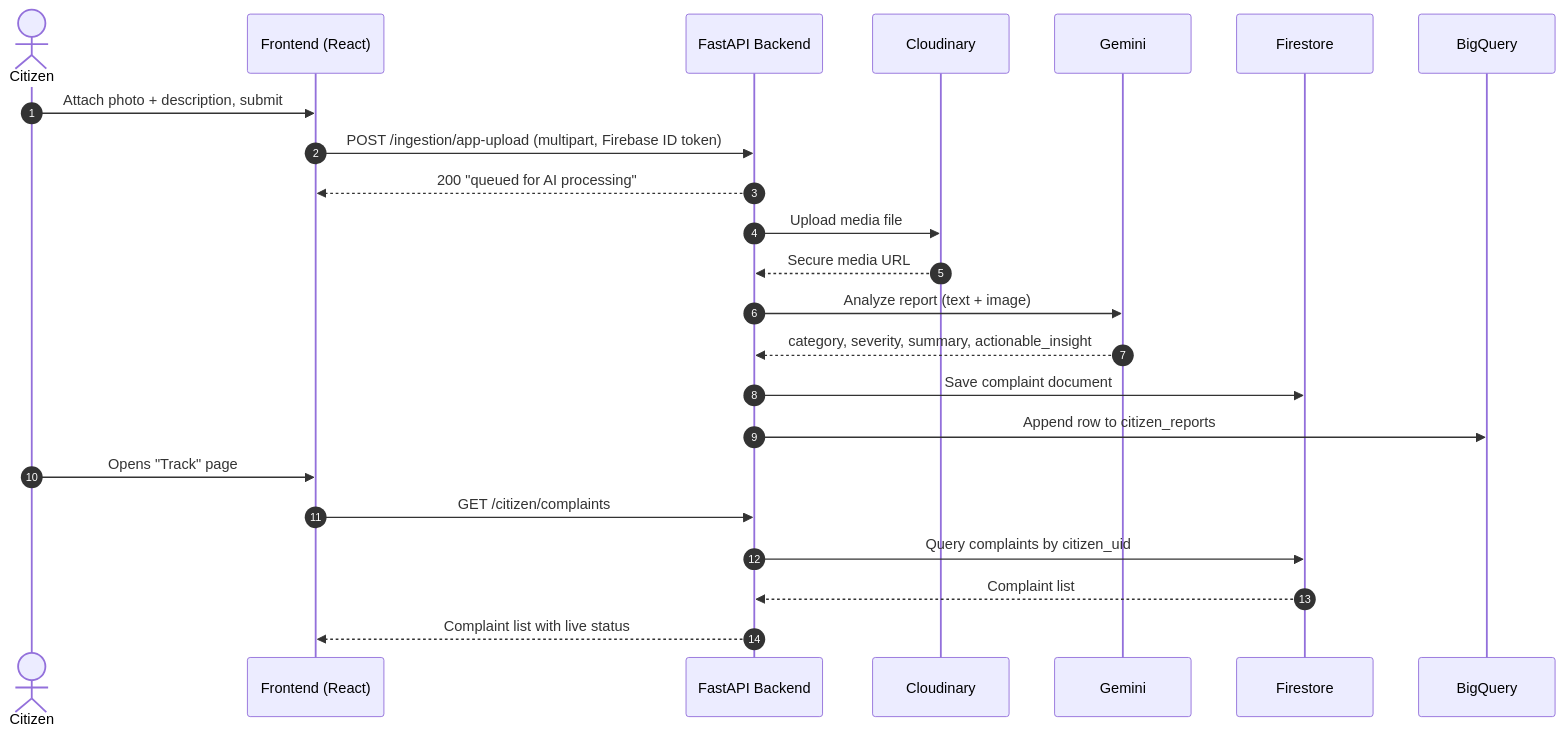
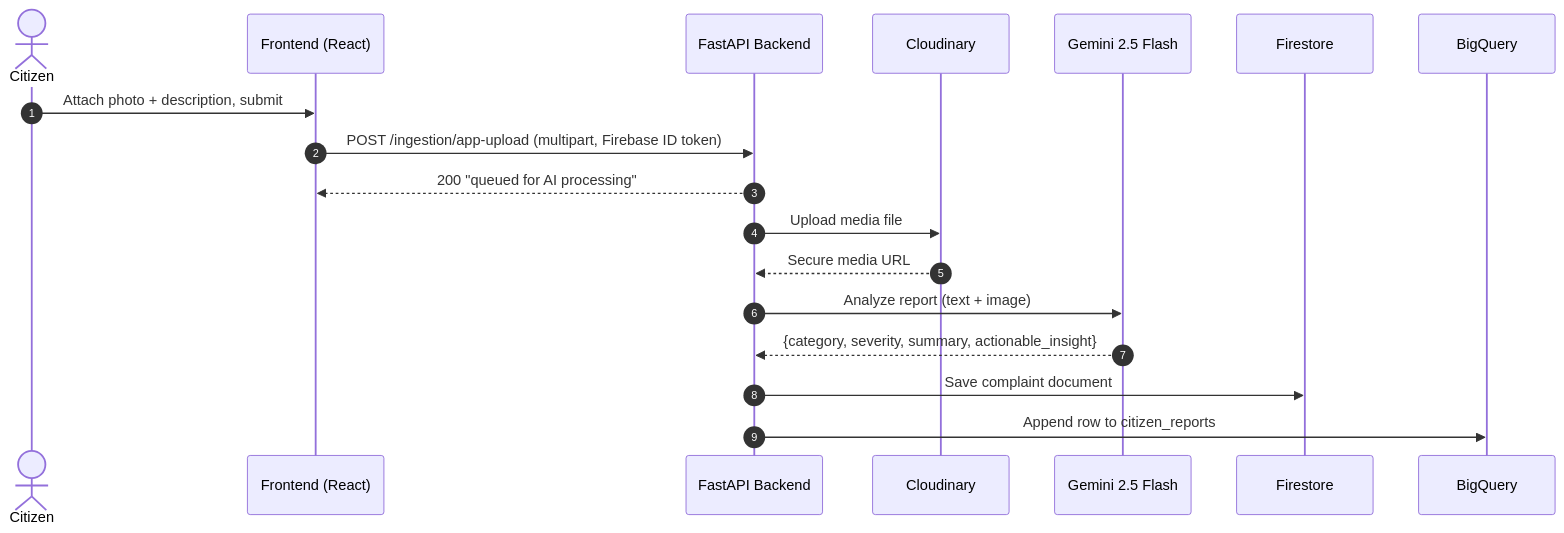
Before and after one commit to Harshit-Awasthi-05/Jan-Awaaz-AI: the second of 4 diagrams in README.md, drawn with Mermaid. The commit also changed other lines of this file and 21 other files, not shown here.

Commit message:
feat: implement full-stack Jan Awaaz AI platform with FastAPI, Firebase, BigQuery, and multilingual frontend components.

````diff
--- a/README.md
+++ b/README.md
@@ -104,26 +129,21 @@
 ```mermaid
 sequenceDiagram
     autonumber
     actor Citizen
     participant FE as Frontend (React)
     participant API as FastAPI Backend
     participant Cloudinary
-    participant Gemini
+    participant Gemini as Gemini 2.5 Flash
     participant Firestore
     participant BigQuery
 
     Citizen->>FE: Attach photo + description, submit
     FE->>API: POST /ingestion/app-upload (multipart, Firebase ID token)
     API-->>FE: 200 "queued for AI processing"
     API->>Cloudinary: Upload media file
     Cloudinary-->>API: Secure media URL
     API->>Gemini: Analyze report (text + image)
-    Gemini-->>API: category, severity, summary, actionable_insight
+    Gemini-->>API: {category, severity, summary, actionable_insight}
     API->>Firestore: Save complaint document
     API->>BigQuery: Append row to citizen_reports
-    Citizen->>FE: Opens "Track" page
-    FE->>API: GET /citizen/complaints
-    API->>Firestore: Query complaints by citizen_uid
-    Firestore-->>API: Complaint list
-    API-->>FE: Complaint list with live status
 ```
````
